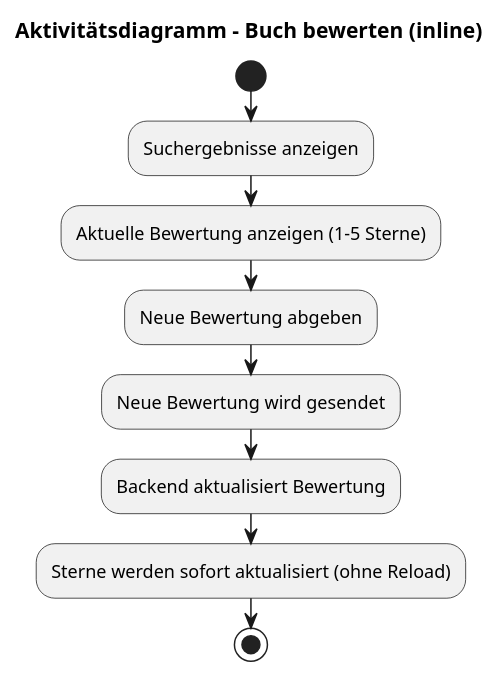
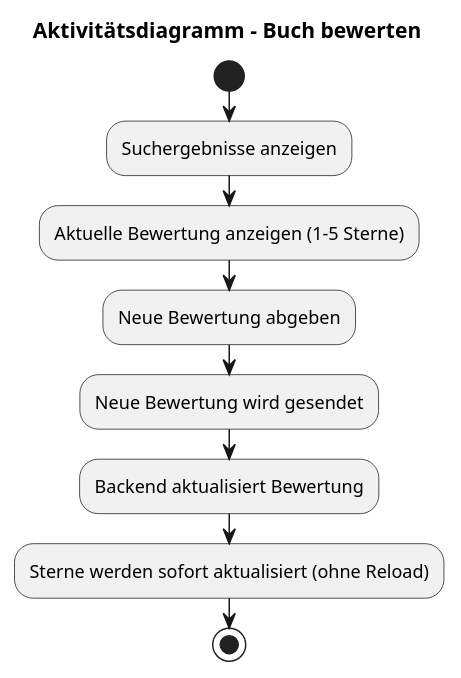
Before and after one commit to feydernoah/swe-react-frontend: the diagram in extras/doc/projekthandbuch/aktivitaetsdiagrammBewertung.plantuml, drawn with PlantUML. The commit also changed 6 other files, not shown here.

Commit message:
Anpassung Formatierung UMLDiagramme

```diff
--- a/extras/doc/projekthandbuch/aktivitaetsdiagrammBewertung.plantuml
+++ b/extras/doc/projekthandbuch/aktivitaetsdiagrammBewertung.plantuml
@@ -3,18 +3,18 @@
 @startuml Aktivitätsdiagramm_Bewertung
 
-title Aktivitätsdiagramm – Buch bewerten (inline)
+title Aktivitätsdiagramm – Buch bewerten
 
 start
 
 :Suchergebnisse anzeigen;
 :Aktuelle Bewertung anzeigen (1-5 Sterne);
 
 :Neue Bewertung abgeben;
 :Neue Bewertung wird gesendet;
 
 :Backend aktualisiert Bewertung;
 :Sterne werden sofort aktualisiert (ohne Reload);
 
 stop
 
 @enduml
```
